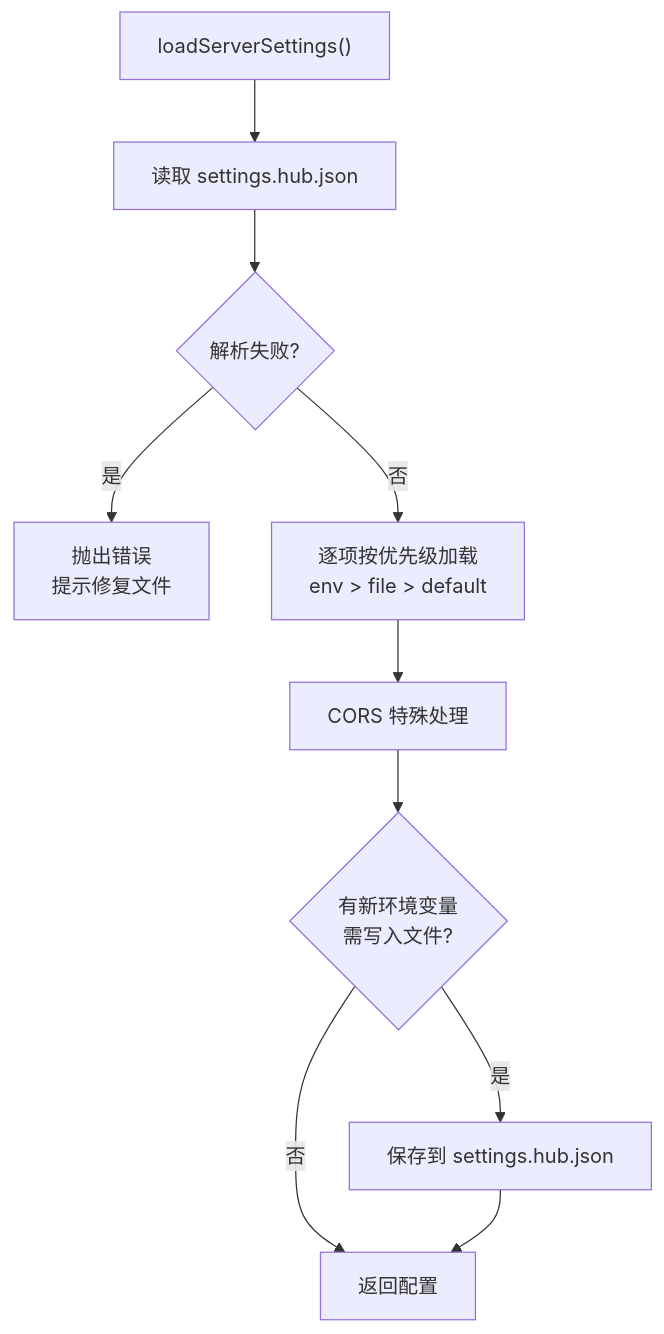
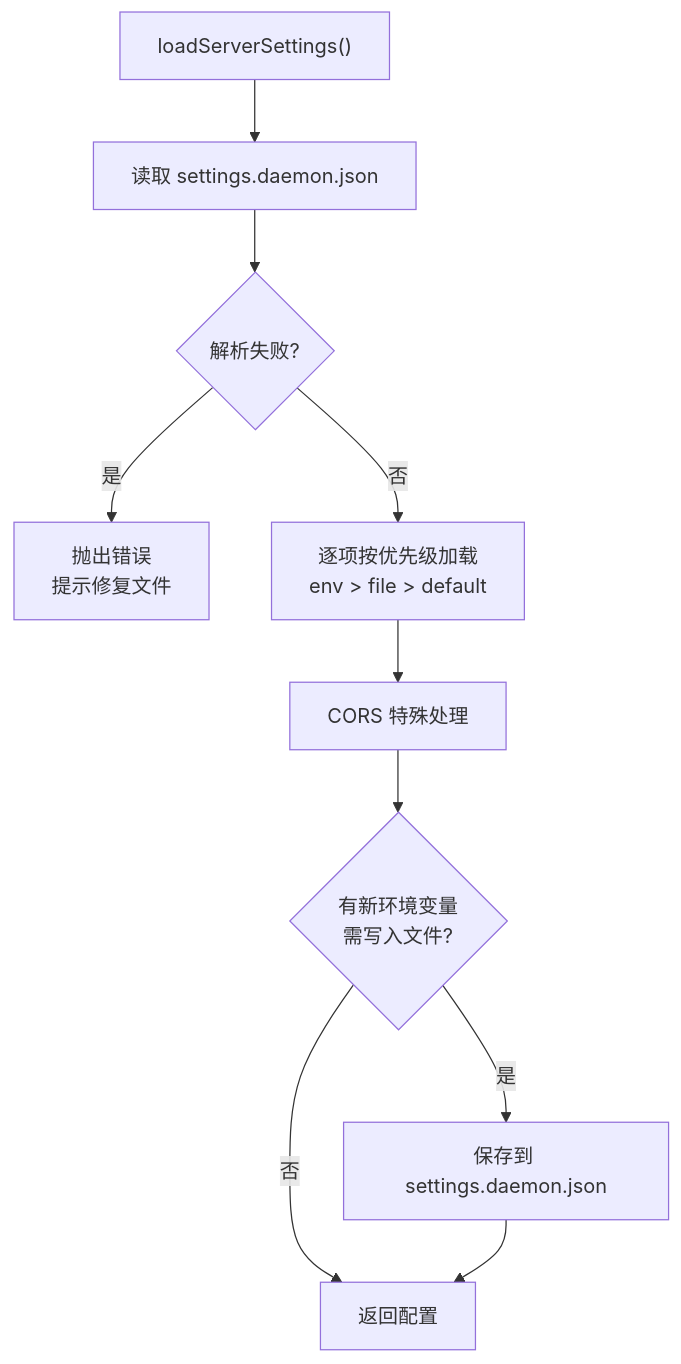
One commit to ModuBit/mobi changed the fourth of 6 diagrams in docs/architecture/daemon/config/README.md. Above: the diagram before and after it, drawn with Mermaid. The commit also changed other lines of this file and 86 other files, not shown here.

````diff
--- a/docs/architecture/daemon/config/README.md
+++ b/docs/architecture/daemon/config/README.md
@@ -110,12 +110,12 @@
 ```mermaid
 flowchart TB
-    Load["loadServerSettings()"] --> ReadFile["读取 settings.hub.json"]
+    Load["loadServerSettings()"] --> ReadFile["读取 settings.daemon.json"]
     ReadFile --> ParseError{"解析失败?"}
     ParseError -->|是| Throw["抛出错误<br/>提示修复文件"]
     ParseError -->|否| Each["逐项按优先级加载<br/>env > file > default"]
     Each --> CORS["CORS 特殊处理"]
     CORS --> NewEnv{"有新环境变量<br/>需写入文件?"}
-    NewEnv -->|是| Save["保存到 settings.hub.json"]
+    NewEnv -->|是| Save["保存到 settings.daemon.json"]
     NewEnv -->|否| Return["返回配置"]
     Save --> Return
 ```
````
